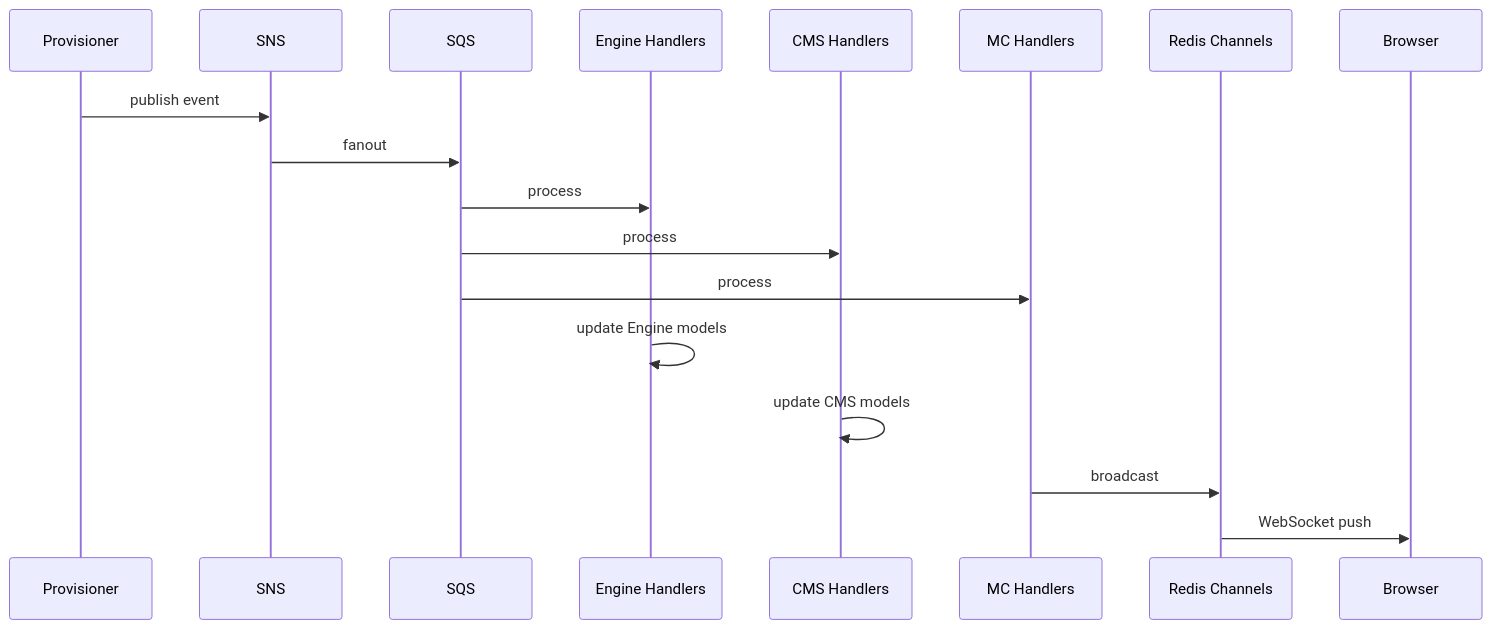
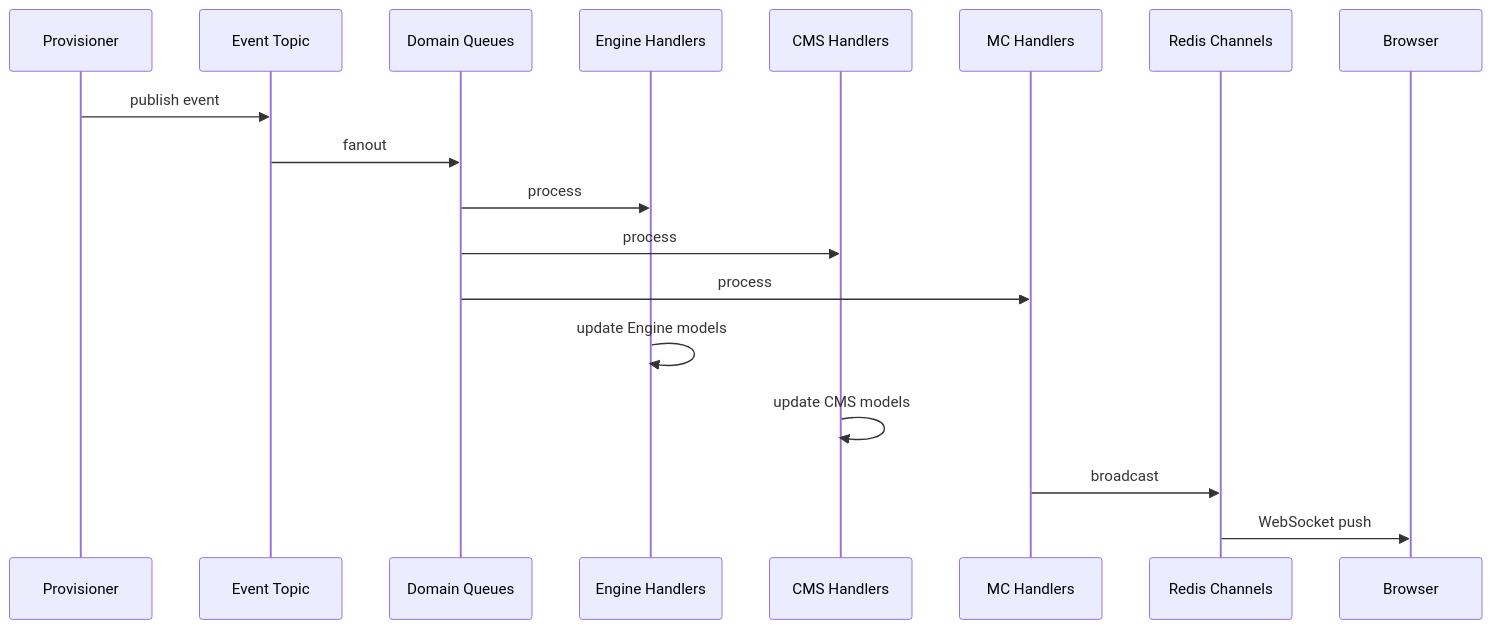
Before and after one commit to PaloAltoNetworks/shifter: the third of 3 diagrams in shifter/shifter_platform/documentation/docs/technical/architecture.md, drawn with Mermaid. The commit also changed other lines of this file and 72 other files, not shown here.

````diff
--- a/shifter/shifter_platform/documentation/docs/technical/architecture.md
+++ b/shifter/shifter_platform/documentation/docs/technical/architecture.md
@@ -74,21 +90,21 @@
 ```mermaid
 sequenceDiagram
     participant P as Provisioner
-    participant SNS as SNS
-    participant SQS as SQS
+    participant T as Event Topic
+    participant Q as Domain Queues
     participant ENG as Engine Handlers
     participant CMS as CMS Handlers
     participant MC as MC Handlers
     participant R as Redis Channels
     participant B as Browser
 
-    P->>SNS: publish event
-    SNS->>SQS: fanout
-    SQS->>ENG: process
-    SQS->>CMS: process
-    SQS->>MC: process
+    P->>T: publish event
+    T->>Q: fanout
+    Q->>ENG: process
+    Q->>CMS: process
+    Q->>MC: process
     ENG->>ENG: update Engine models
     CMS->>CMS: update CMS models
     MC->>R: broadcast
     R->>B: WebSocket push
 ```
````
